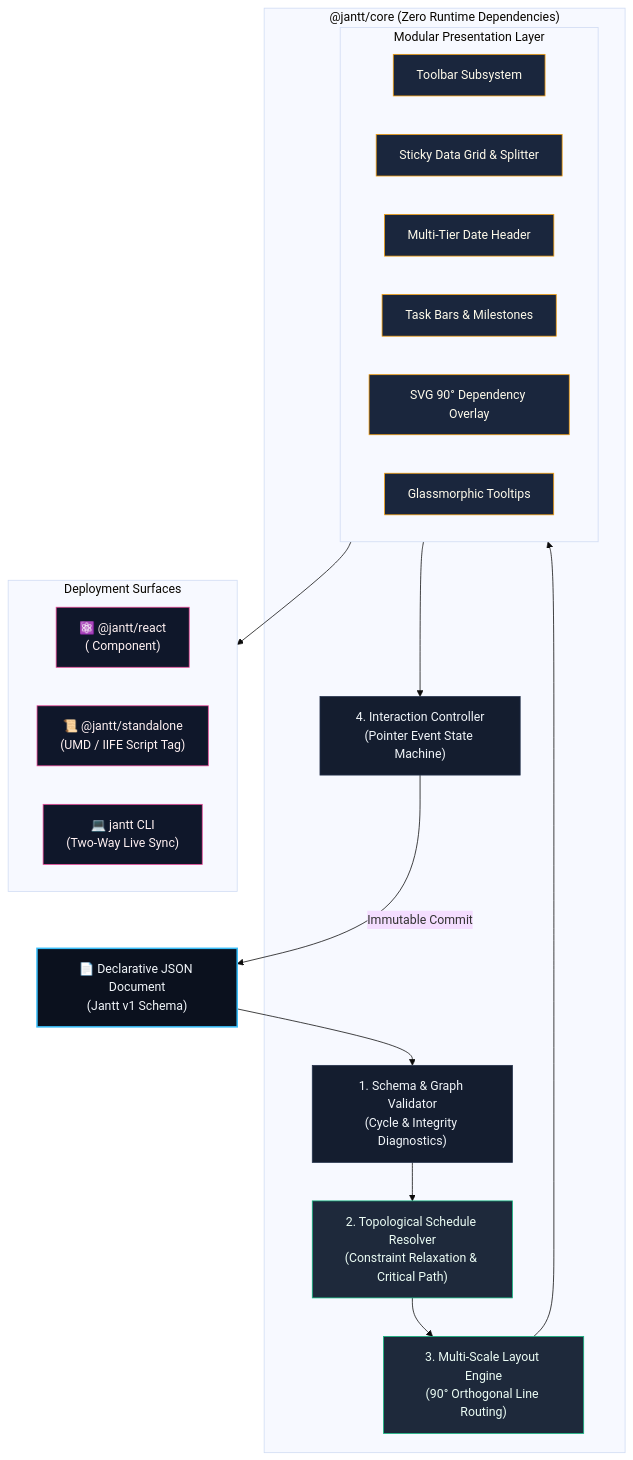
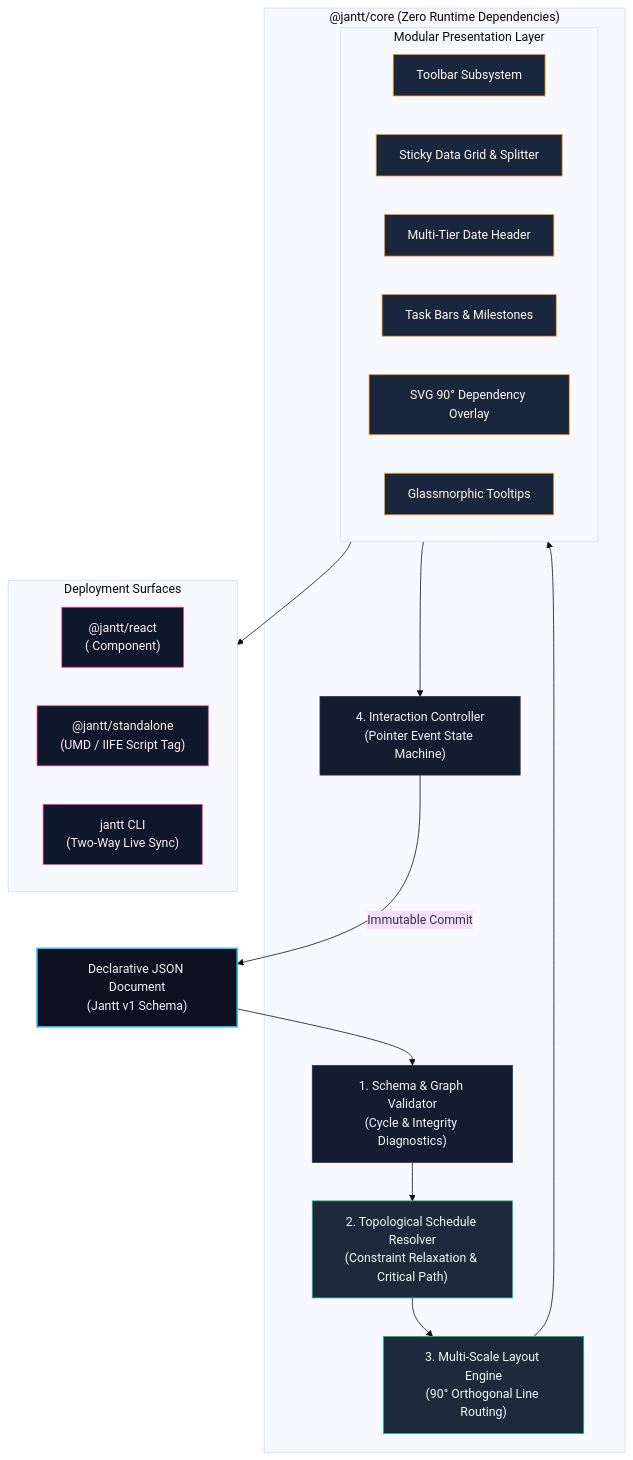
One commit to AhmadHassan-BTed/Jantt changed the first of 2 diagrams in README.md. Above: the diagram before and after it, drawn with Mermaid (base theme). The commit also changed other lines of this file and 16 other files, not shown here.

````diff
--- a/README.md
+++ b/README.md
@@ -65,43 +65,43 @@
 ```mermaid
 flowchart TD
     classDef input fill:#0B111E,stroke:#38BDF8,stroke-width:2px,color:#F1F5F9;
     classDef core fill:#141D2F,stroke:#24324B,stroke-width:1px,color:#F1F5F9;
     classDef algo fill:#1E293B,stroke:#10B981,stroke-width:1px,color:#ECFDF5;
     classDef render fill:#1A263D,stroke:#F59E0B,stroke-width:1px,color:#FFFBEB;
     classDef target fill:#0F172A,stroke:#EC4899,stroke-width:1px,color:#FFF1F2;
 
-    JSON["📄 Declarative JSON Document<br/>(Jantt v1 Schema)"]:::input
+    JSON["Declarative JSON Document<br/>(Jantt v1 Schema)"]:::input
     
     subgraph CoreEngine ["@jantt/core (Zero Runtime Dependencies)"]
         VAL["1. Schema & Graph Validator<br/>(Cycle & Integrity Diagnostics)"]:::core
         RES["2. Topological Schedule Resolver<br/>(Constraint Relaxation & Critical Path)"]:::algo
         LAY["3. Multi-Scale Layout Engine<br/>(90° Orthogonal Line Routing)"]:::algo
         
         subgraph Renderers ["Modular Presentation Layer"]
             REN_TBAR["Toolbar Subsystem"]:::render
             REN_GRID["Sticky Data Grid & Splitter"]:::render
             REN_HEAD["Multi-Tier Date Header"]:::render
             REN_BARS["Task Bars & Milestones"]:::render
             REN_SVG["SVG 90° Dependency Overlay"]:::render
             REN_TIP["Glassmorphic Tooltips"]:::render
         end
         
         CTRL["4. Interaction Controller<br/>(Pointer Event State Machine)"]:::core
     end
 
     JSON --> VAL
     VAL --> RES
     RES --> LAY
     LAY --> Renderers
     Renderers --> CTRL
 
     CTRL -- "Immutable Commit" --> JSON
 
     subgraph Targets ["Deployment Surfaces"]
-        T_REACT["⚛️ @jantt/react<br/>(<Jantt /> Component)"]:::target
-        T_STAND["📜 @jantt/standalone<br/>(UMD / IIFE Script Tag)"]:::target
-        T_CLI["💻 jantt CLI<br/>(Two-Way Live Sync)"]:::target
+        T_REACT["@jantt/react<br/>(<Jantt /> Component)"]:::target
+        T_STAND["@jantt/standalone<br/>(UMD / IIFE Script Tag)"]:::target
+        T_CLI["jantt CLI<br/>(Two-Way Live Sync)"]:::target
     end
 
     Renderers --> Targets
 ```
````
